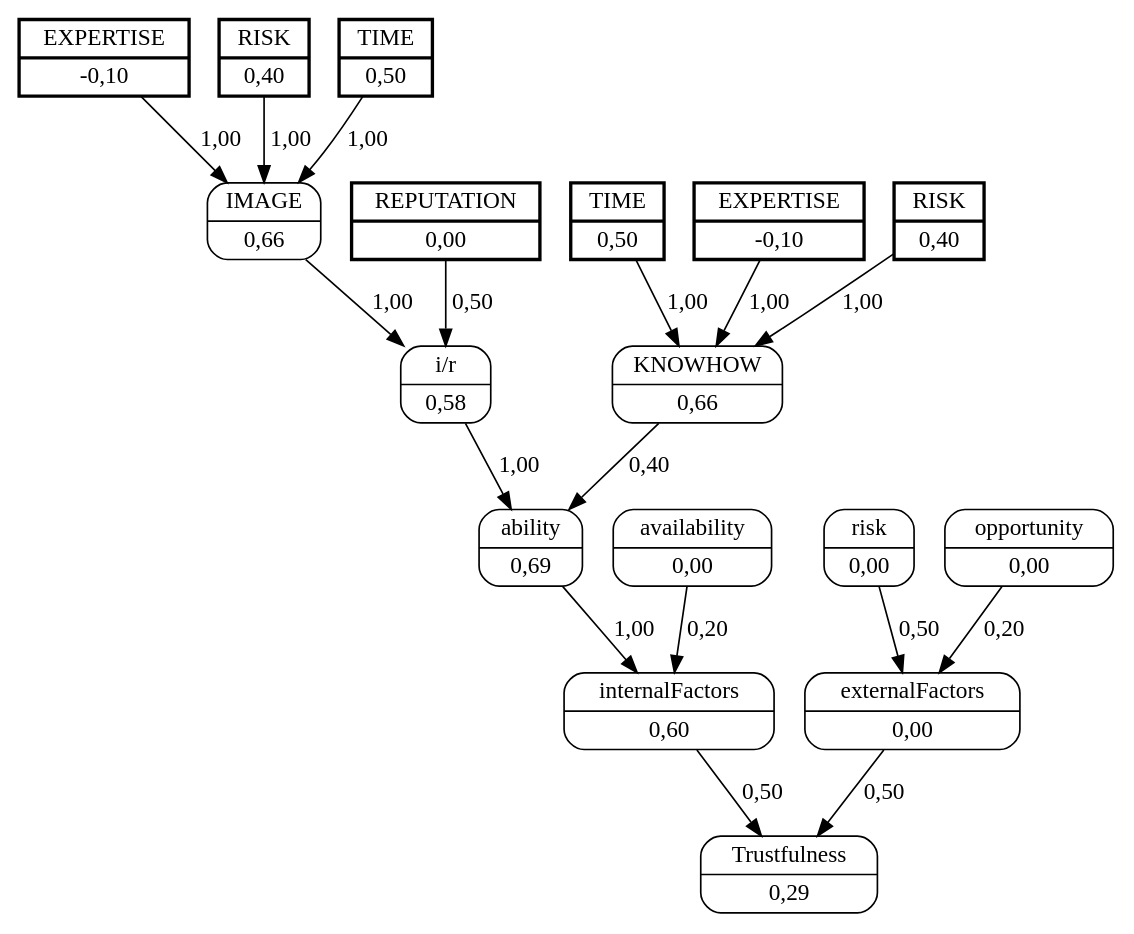
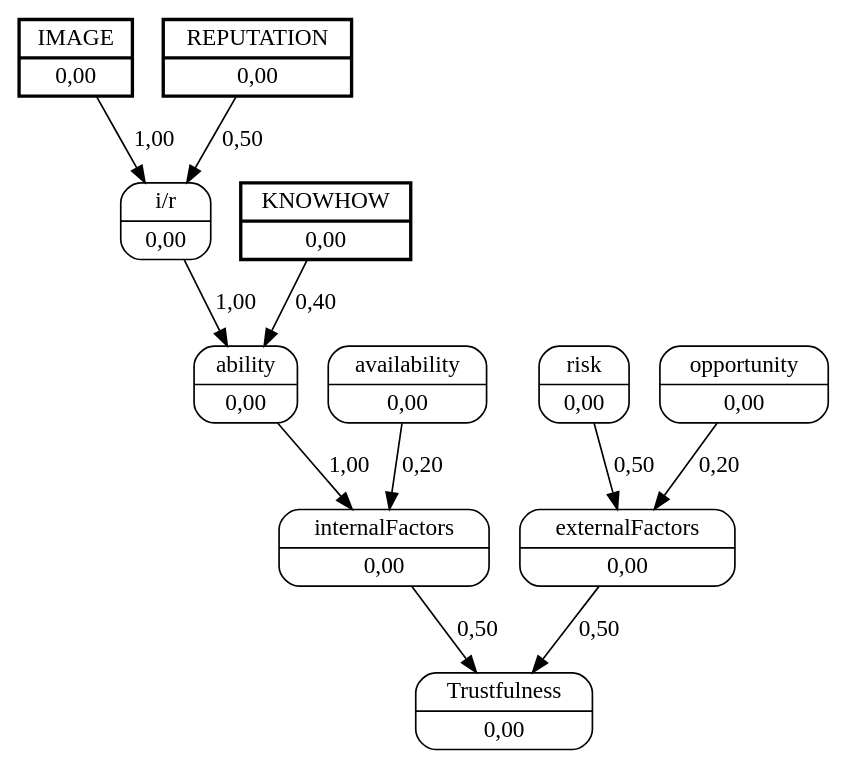
Before and after one commit to jjbaqueta/unload_experiment: the diagram in unload_boxes/dots/worker_2helper_4.dot, drawn with Graphviz. The commit also changed 17 other files, not shown here.

```diff
--- a/unload_boxes/dots/worker_2helper_4.dot
+++ b/unload_boxes/dots/worker_2helper_4.dot
@@ -1,39 +1,25 @@
 digraph FCM_net{
 	node [shape=record, style=rounded]
-	11 [label="{EXPERTISE | -0,10}", style=bold, penwidth=2, peripheries=2];
-	12 [label="{RISK | 0,40}", style=bold, penwidth=2, peripheries=2];
-	13 [label="{TIME | 0,50}", style=bold, penwidth=2, peripheries=2];
+	0 [label="{IMAGE | 0,00}", style=bold, penwidth=2, peripheries=2];
 	1 [label="{REPUTATION | 0,00}", style=bold, penwidth=2, peripheries=2];
-	14 [label="{EXPERTISE | -0,10}", style=bold, penwidth=2, peripheries=2];
-	15 [label="{RISK | 0,40}", style=bold, penwidth=2, peripheries=2];
-	16 [label="{TIME | 0,50}", style=bold, penwidth=2, peripheries=2];
-	0 [label="{IMAGE | 0,66}"];
-	2 [label="{KNOWHOW | 0,66}"];
-	3 [label="{i/r | 0,58}"];
-	4 [label="{ability | 0,69}"];
+	2 [label="{KNOWHOW | 0,00}", style=bold, penwidth=2, peripheries=2];
+	0 [label="{IMAGE | 0,00}"];
+	3 [label="{i/r | 0,00}"];
+	4 [label="{ability | 0,00}"];
 	5 [label="{availability | 0,00}"];
-	6 [label="{internalFactors | 0,60}"];
+	6 [label="{internalFactors | 0,00}"];
 	7 [label="{risk | 0,00}"];
 	8 [label="{opportunity | 0,00}"];
 	9 [label="{externalFactors | 0,00}"];
-	10 [label="{Trustfulness | 0,29}"];
-	11 [label="{EXPERTISE | -0,10}"];
-	13 [label="{TIME | 0,50}"];
-	14 [label="{EXPERTISE | -0,10}"];
+	10 [label="{Trustfulness | 0,00}"];
 	0 -> 3 [label = "1,00"];
 	1 -> 3 [label = "0,50"];
 	3 -> 4 [label = "1,00"];
 	2 -> 4 [label = "0,40"];
 	4 -> 6 [label = "1,00"];
 	5 -> 6 [label = "0,20"];
 	6 -> 10 [label = "0,50"];
 	7 -> 9 [label = "0,50"];
 	8 -> 9 [label = "0,20"];
 	9 -> 10 [label = "0,50"];
-	11 -> 0 [label = "1,00"];
-	12 -> 0 [label = "1,00"];
-	13 -> 0 [label = "1,00"];
-	14 -> 2 [label = "1,00"];
-	15 -> 2 [label = "1,00"];
-	16 -> 2 [label = "1,00"];
 }
```
